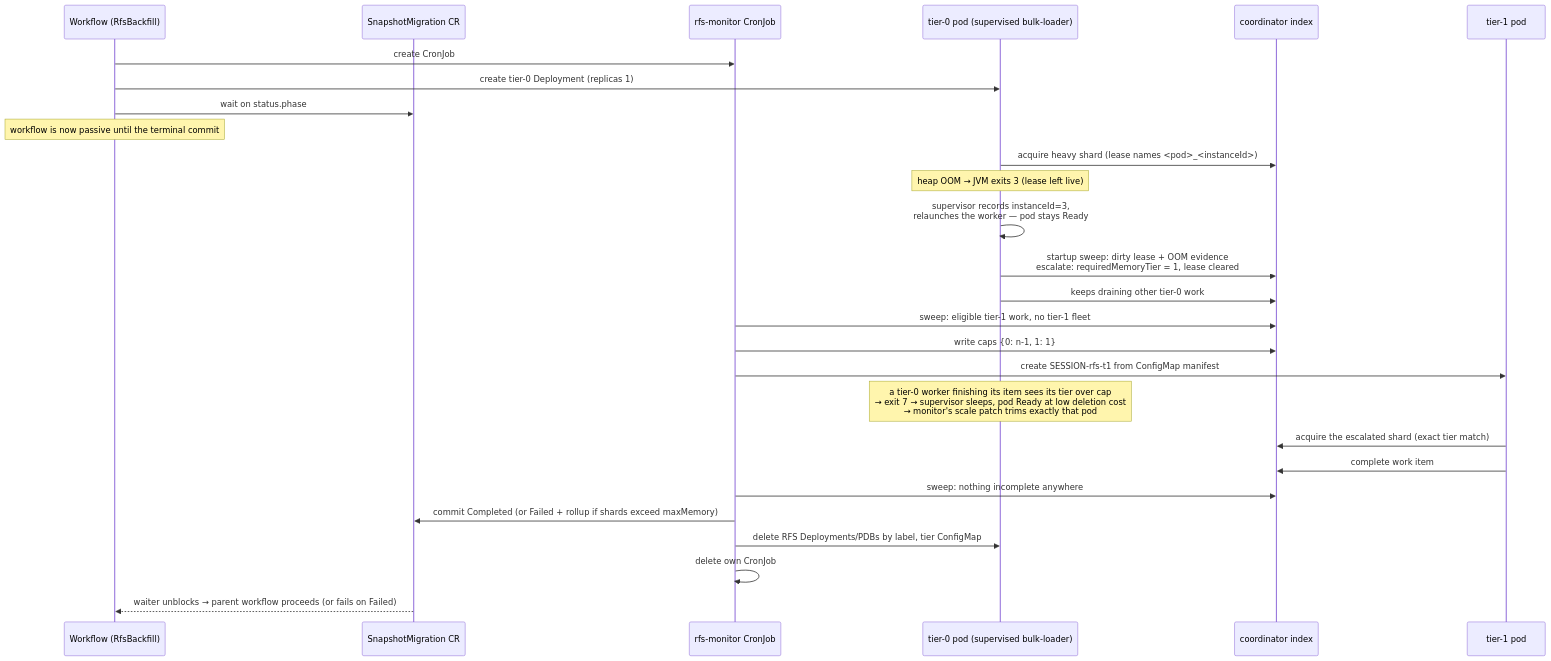
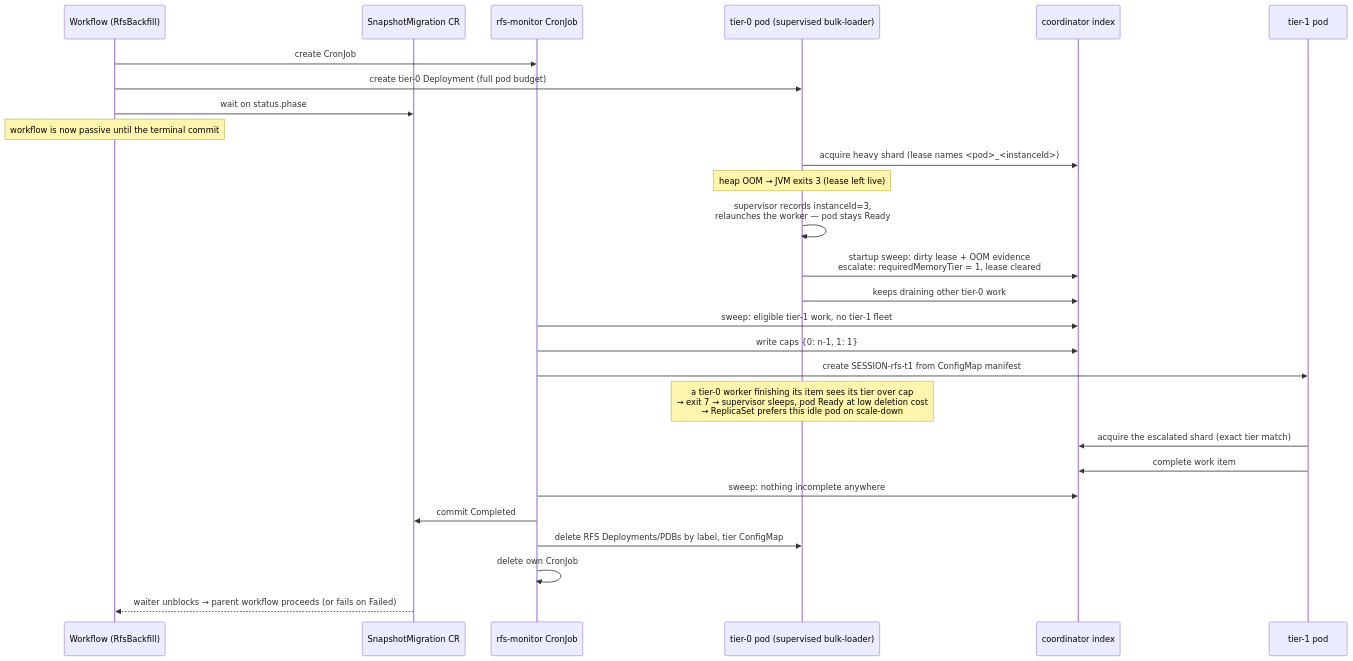
The second of 2 diagrams in docs/rfsMemoryTierScaling.md (opensearch-project/opensearch-migrations), drawn with Mermaid before and after one commit. The commit also changed other lines of this file and 1 other file, not shown here.

Commit message:
Align the RFS tier design with startup, scheduling and failure reporting

````diff
--- a/docs/rfsMemoryTierScaling.md
+++ b/docs/rfsMemoryTierScaling.md
@@ -562,34 +417,34 @@
 ```mermaid
 sequenceDiagram
     participant W as Workflow (RfsBackfill)
     participant SM as SnapshotMigration CR
     participant M as rfs-monitor CronJob
     participant T0 as tier-0 pod (supervised bulk-loader)
     participant C as coordinator index
     participant T1 as tier-1 pod
 
     W->>M: create CronJob
-    W->>T0: create tier-0 Deployment (replicas 1)
+    W->>T0: create tier-0 Deployment (full pod budget)
     W->>SM: wait on status.phase
     Note over W: workflow is now passive until the terminal commit
 
     T0->>C: acquire heavy shard (lease names <pod>_<instanceId>)
     Note over T0: heap OOM → JVM exits 3 (lease left live)
     T0->>T0: supervisor records instanceId=3,<br/>relaunches the worker — pod stays Ready
     T0->>C: startup sweep: dirty lease + OOM evidence<br/>escalate: requiredMemoryTier = 1, lease cleared
     T0->>C: keeps draining other tier-0 work
 
     M->>C: sweep: eligible tier-1 work, no tier-1 fleet
     M->>C: write caps {0: n-1, 1: 1}
     M->>T1: create SESSION-rfs-t1 from ConfigMap manifest
-    Note over T0: a tier-0 worker finishing its item sees its tier over cap<br/>→ exit 7 → supervisor sleeps, pod Ready at low deletion cost<br/>→ monitor's scale patch trims exactly that pod
+    Note over T0: a tier-0 worker finishing its item sees its tier over cap<br/>→ exit 7 → supervisor sleeps, pod Ready at low deletion cost<br/>→ ReplicaSet prefers this idle pod on scale-down
 
     T1->>C: acquire the escalated shard (exact tier match)
     T1->>C: complete work item
 
     M->>C: sweep: nothing incomplete anywhere
-    M->>SM: commit Completed (or Failed + rollup if shards exceed maxMemory)
+    M->>SM: commit Completed
     M->>T0: delete RFS Deployments/PDBs by label, tier ConfigMap
     M->>M: delete own CronJob
     SM-->>W: waiter unblocks → parent workflow proceeds (or fails on Failed)
 ```
````
